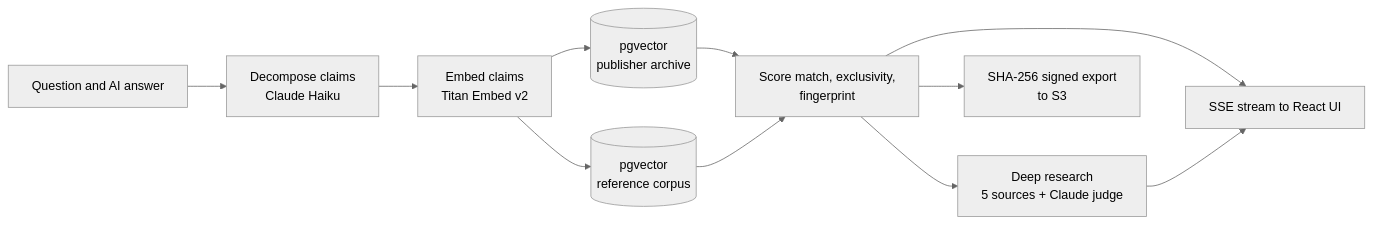
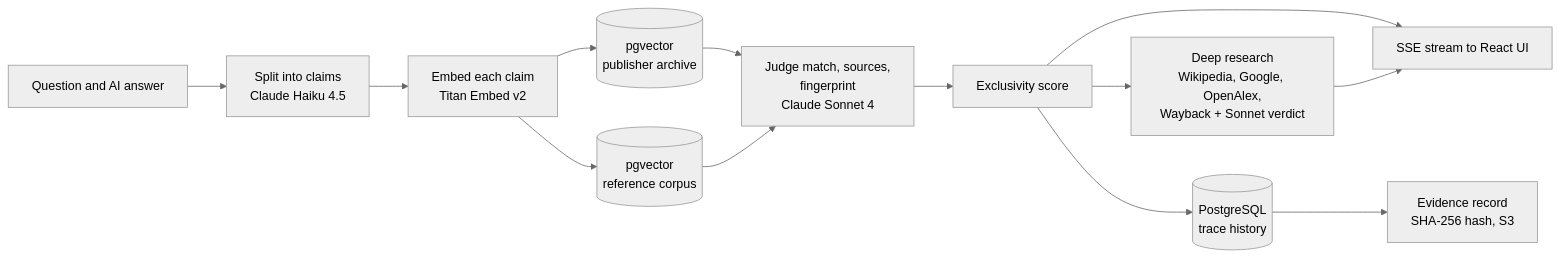
The diagram in README.md (HarshilModh/comp_Ledger), drawn with Mermaid (neutral theme) before and after one commit. The commit also changed other lines of this file and 1 other file, not shown here.

````diff
--- a/README.md
+++ b/README.md
@@ -21,13 +124,15 @@
 ```mermaid
 flowchart LR
-  A[Question and AI answer] --> B[Decompose claims<br/>Claude Haiku]
-  B --> C[Embed claims<br/>Titan Embed v2]
+  A[Question and AI answer] --> B[Split into claims<br/>Claude Haiku 4.5]
+  B --> C[Embed each claim<br/>Titan Embed v2]
   C --> D[(pgvector<br/>publisher archive)]
   C --> E[(pgvector<br/>reference corpus)]
-  D --> F[Score match, exclusivity,<br/>fingerprint]
+  D --> F[Judge match, sources,<br/>fingerprint<br/>Claude Sonnet 4]
   E --> F
-  F --> G[Deep research<br/>5 sources + Claude judge]
-  F --> H[SSE stream to React UI]
-  G --> H
-  F --> I[SHA-256 signed export<br/>to S3]
+  F --> G[Exclusivity score]
+  G --> R[Deep research<br/>Wikipedia, Google, OpenAlex,<br/>Wayback + Sonnet verdict]
+  G --> H[SSE stream to React UI]
+  R --> H
+  G --> I[(PostgreSQL<br/>trace history)]
+  I --> J[Evidence record<br/>SHA-256 hash, S3]
 ```
````
